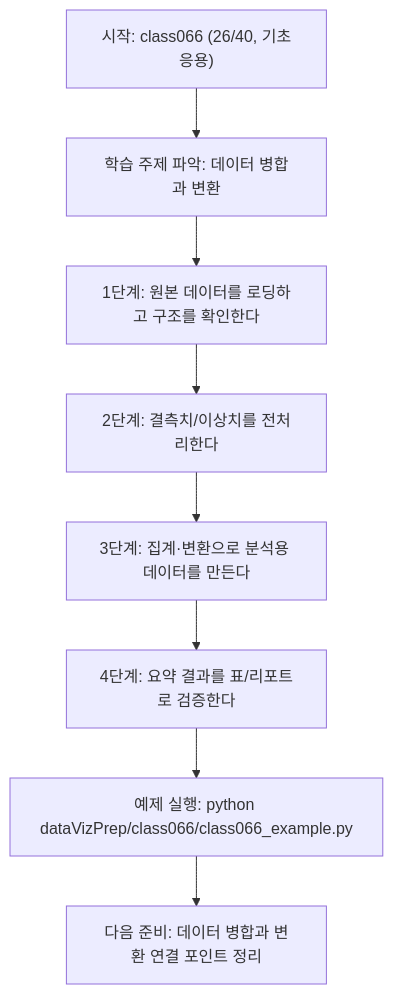
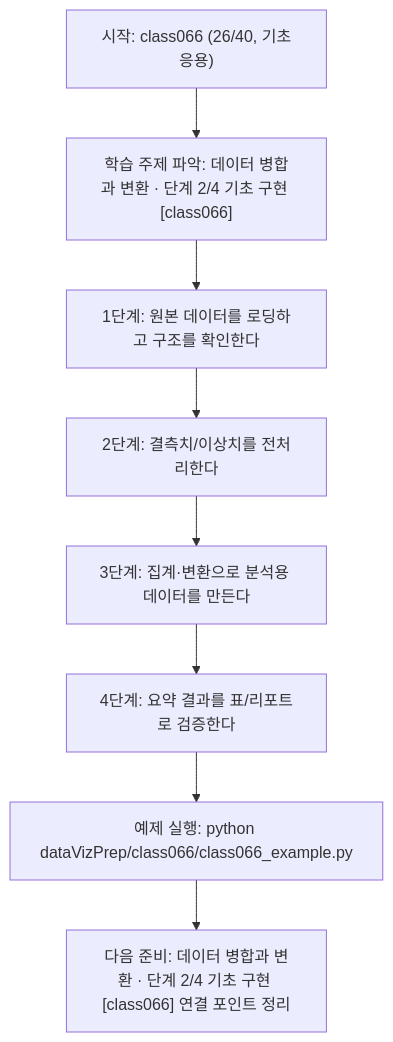
One commit to edumgt/Python-AI_Agent-Class changed the diagram in dataVizPrep/class066/class066.md. Above: the diagram before and after it, drawn with Mermaid. The commit also changed other lines of this file and 522 other files, not shown here.

````diff
--- a/dataVizPrep/class066/class066.md
+++ b/dataVizPrep/class066/class066.md
@@ -110,18 +111,18 @@
 ```mermaid
 flowchart TD
 N1["시작: class066 (26/40, 기초응용)"]
-N2["학습 주제 파악: 데이터 병합과 변환"]
+N2["학습 주제 파악: 데이터 병합과 변환 · 단계 2/4 기초 구현 [class066]"]
 N3["1단계: 원본 데이터를 로딩하고 구조를 확인한다"]
 N4["2단계: 결측치/이상치를 전처리한다"]
 N5["3단계: 집계·변환으로 분석용 데이터를 만든다"]
 N6["4단계: 요약 결과를 표/리포트로 검증한다"]
 N7["예제 실행: python dataVizPrep/class066/class066_example.py"]
-N8["다음 준비: 데이터 병합과 변환 연결 포인트 정리"]
+N8["다음 준비: 데이터 병합과 변환 · 단계 2/4 기초 구현 [class066] 연결 포인트 정리"]
 N1 --> N2
 N2 --> N3
 N3 --> N4
 N4 --> N5
 N5 --> N6
 N6 --> N7
 N7 --> N8
 ```
````
